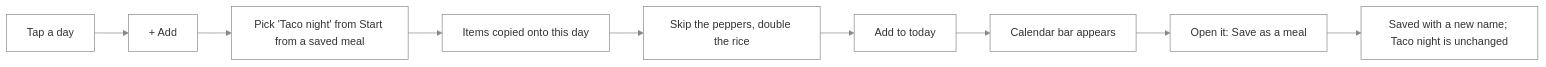
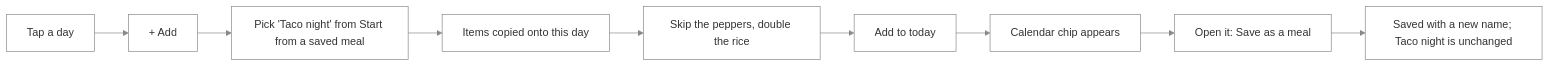
One commit to NovaMoonX/moondreams-dev-apps changed diagram 27 of 31 in src/apps/pinch/UX.md. Above: the diagram before and after it, drawn with Mermaid. The commit also changed other lines of this file and 206 other files, not shown here.

````diff
--- a/src/apps/pinch/UX.md
+++ b/src/apps/pinch/UX.md
@@ -736,7 +853,7 @@
 ```mermaid
 %%{init: {'theme': 'base', 'themeVariables': {'primaryColor': 'transparent', 'clusterBkg': 'transparent', 'primaryBorderColor': '#888888', 'clusterBorder': '#888888', 'lineColor': '#888888', 'primaryTextColor': '#333333'}}}%%
 flowchart LR
     A[Tap a day] --> B[+ Add] --> C["Pick 'Taco night' from Start from a saved meal"] --> D["Items copied onto this day"]
     D --> E["Skip the peppers, double the rice"] --> F[Add to today]
-    F --> G["Calendar bar appears"] --> H["Open it: Save as a meal"] --> I["Saved with a new name; Taco night is unchanged"]
+    F --> G["Calendar chip appears"] --> H["Open it: Save as a meal"] --> I["Saved with a new name; Taco night is unchanged"]
 ```
````
